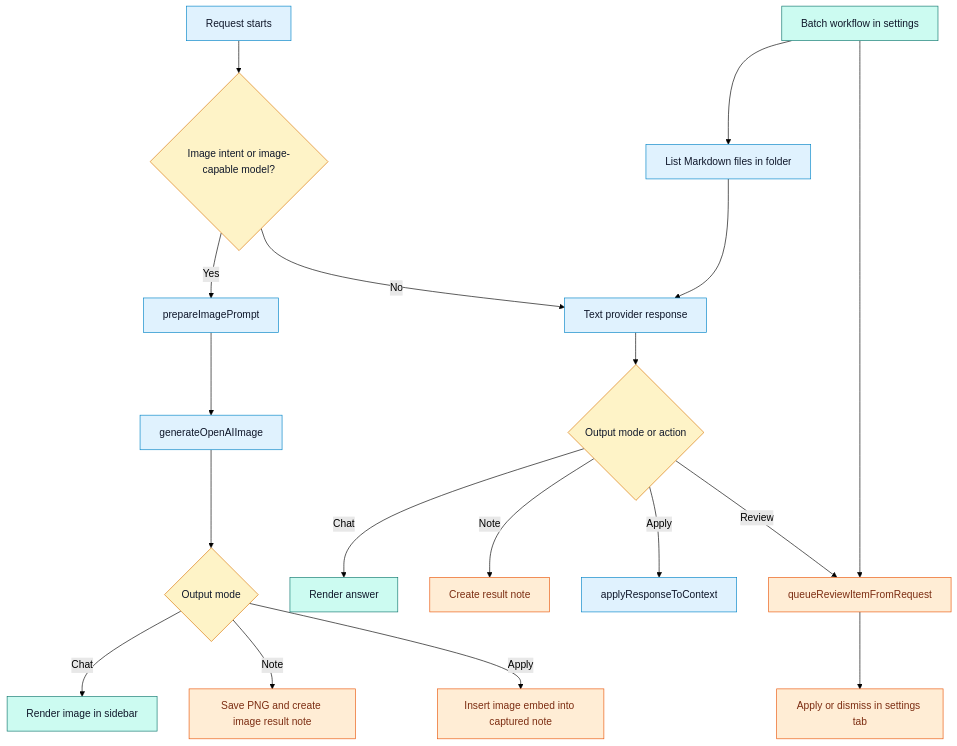
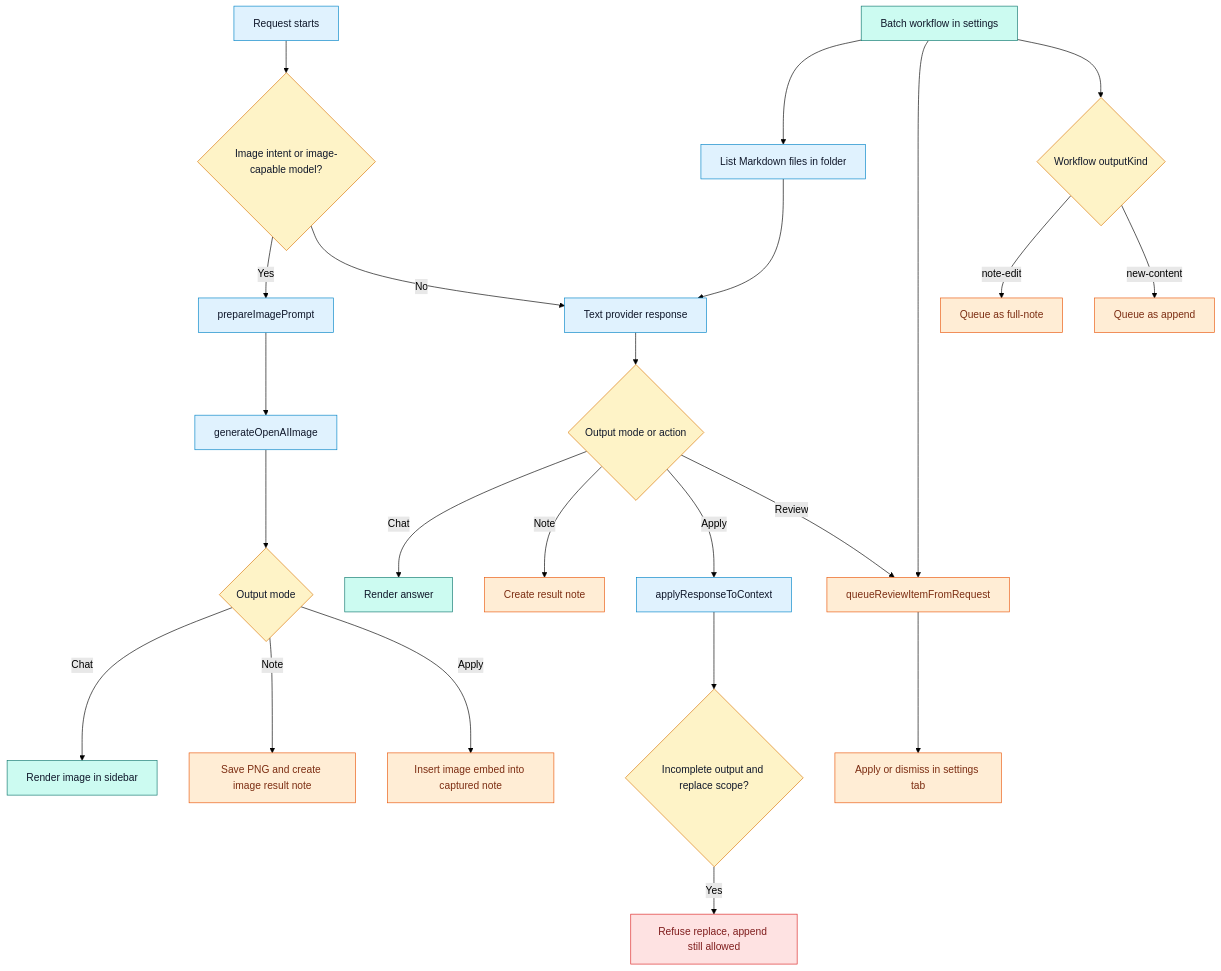
Before and after one commit to CodeWithBehnam/askmate: the third of 3 diagrams in DigVis/03-request-or-control-flow.md, drawn with Mermaid (forest theme). The commit also changed other lines of this file and 88 other files, not shown here.

````diff
--- a/DigVis/03-request-or-control-flow.md
+++ b/DigVis/03-request-or-control-flow.md
@@ -58,33 +64,39 @@
 ```mermaid
 flowchart TD
   Start["Request starts"] --> Intent{"Image intent or image-capable model?"}
   Intent -- "Yes" --> Plan["prepareImagePrompt"]
   Plan --> Image["generateOpenAIImage"]
   Image --> ImageOutput{"Output mode"}
   ImageOutput -- "Chat" --> ChatImage["Render image in sidebar"]
   ImageOutput -- "Note" --> ImageNote["Save PNG and create image result note"]
   ImageOutput -- "Apply" --> InsertImage["Insert image embed into captured note"]
 
   Intent -- "No" --> Text["Text provider response"]
   Text --> TextOutput{"Output mode or action"}
   TextOutput -- "Chat" --> ChatText["Render answer"]
   TextOutput -- "Note" --> ResultNote["Create result note"]
   TextOutput -- "Apply" --> Apply["applyResponseToContext"]
   TextOutput -- "Review" --> Queue["queueReviewItemFromRequest"]
   Queue --> Settings["Apply or dismiss in settings tab"]
+  Apply --> Incomplete{"Incomplete output and replace scope?"}
+  Incomplete -- "Yes" --> Refuse["Refuse replace, append still allowed"]
 
   Batch["Batch workflow in settings"] --> FileLoop["List Markdown files in folder"]
   FileLoop --> Text
   Batch --> Queue
+  Batch --> Kind{"Workflow outputKind"}
+  Kind -- "note-edit" --> QueueFull["Queue as full-note"]
+  Kind -- "new-content" --> QueueAppend["Queue as append"]
 
   classDef core fill:#E0F2FE,stroke:#0284C7,color:#0F172A
   classDef decision fill:#FEF3C7,stroke:#D97706,color:#0F172A
   classDef store fill:#FFEDD5,stroke:#EA580C,color:#7C2D12
   classDef risk fill:#FEE2E2,stroke:#DC2626,color:#7F1D1D
   classDef user fill:#CCFBF1,stroke:#0F766E,color:#0F172A
 
   class Start,Plan,Image,Text,Apply,FileLoop core
-  class Intent,ImageOutput,TextOutput decision
-  class ImageNote,InsertImage,ResultNote,Queue,Settings store
+  class Intent,ImageOutput,TextOutput,Incomplete,Kind decision
+  class ImageNote,InsertImage,ResultNote,Queue,Settings,QueueFull,QueueAppend store
+  class Refuse risk
   class Batch,ChatImage,ChatText user
 ```
````
